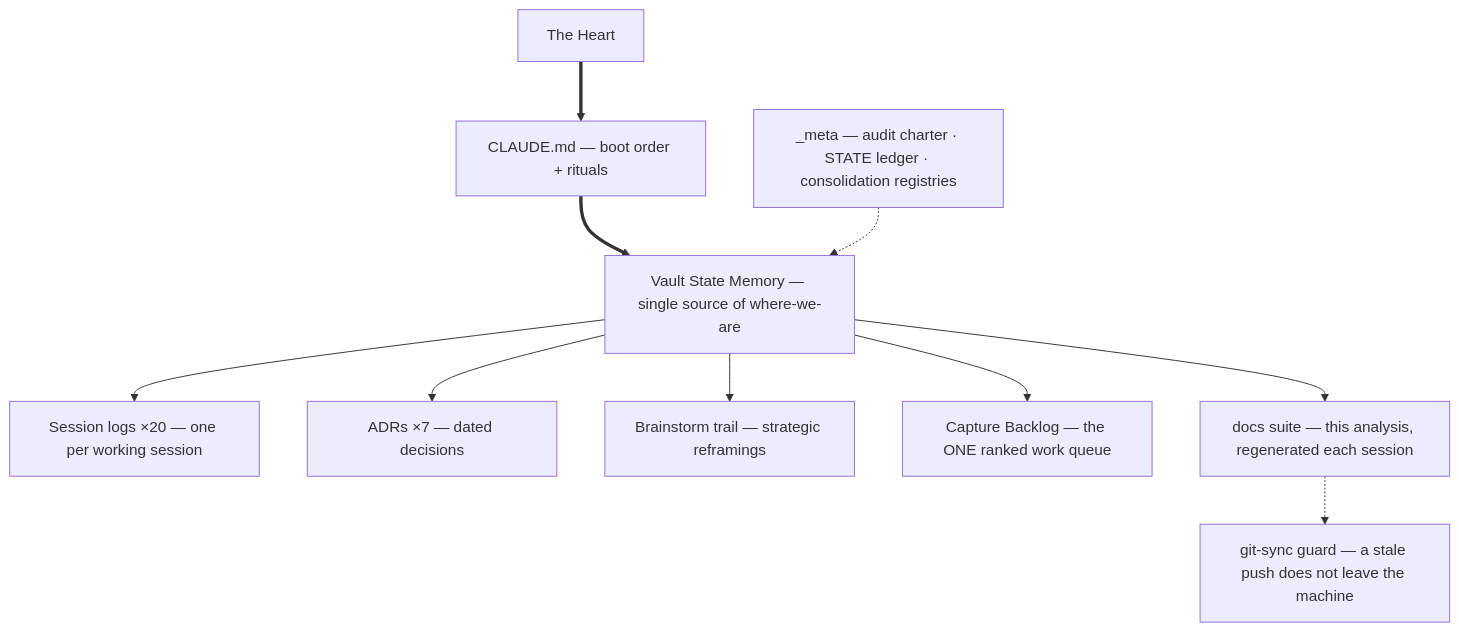
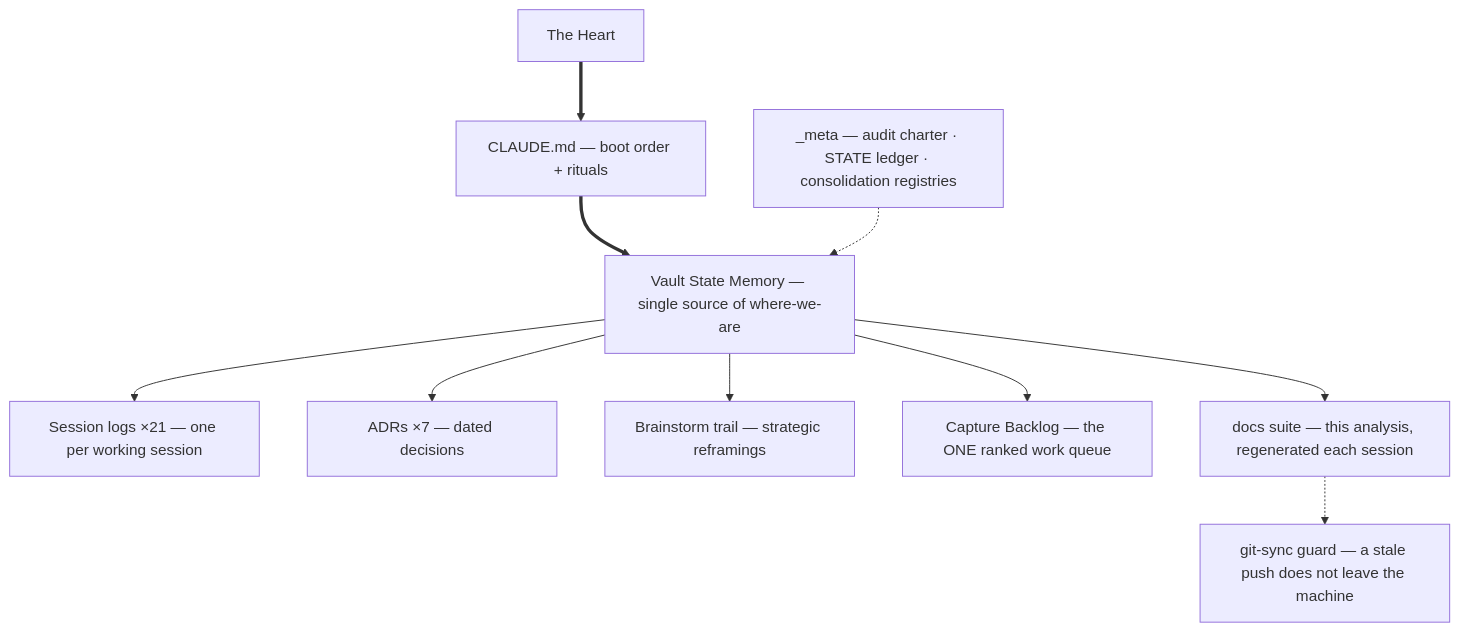
One commit to OrfeasDelis/afoi-deli-vault changed the fourth of 4 diagrams in docs/RELATIONSHIP_TREES.md. Above: the diagram before and after it, drawn with Mermaid. The commit also changed other lines of this file and 37 other files, not shown here.

````diff
--- a/docs/RELATIONSHIP_TREES.md
+++ b/docs/RELATIONSHIP_TREES.md
@@ -87,12 +87,12 @@
 ```mermaid
 graph TD
     heart2["The Heart"] ==> claude2["CLAUDE.md — boot order + rituals"]
     claude2 ==> vsm2["Vault State Memory — single source of where-we-are"]
-    vsm2 --> sessions["Session logs ×20 — one per working session"]
+    vsm2 --> sessions["Session logs ×21 — one per working session"]
     vsm2 --> adrs["ADRs ×7 — dated decisions"]
     vsm2 --> brains["Brainstorm trail — strategic reframings"]
     vsm2 --> backlog["Capture Backlog — the ONE ranked work queue"]
     audits2["_meta — audit charter · STATE ledger · consolidation registries"] -.-> vsm2
     vsm2 --> docsuite["docs suite — this analysis, regenerated each session"]
     docsuite -.-> guard2["git-sync guard — a stale push does not leave the machine"]
 ```
````
